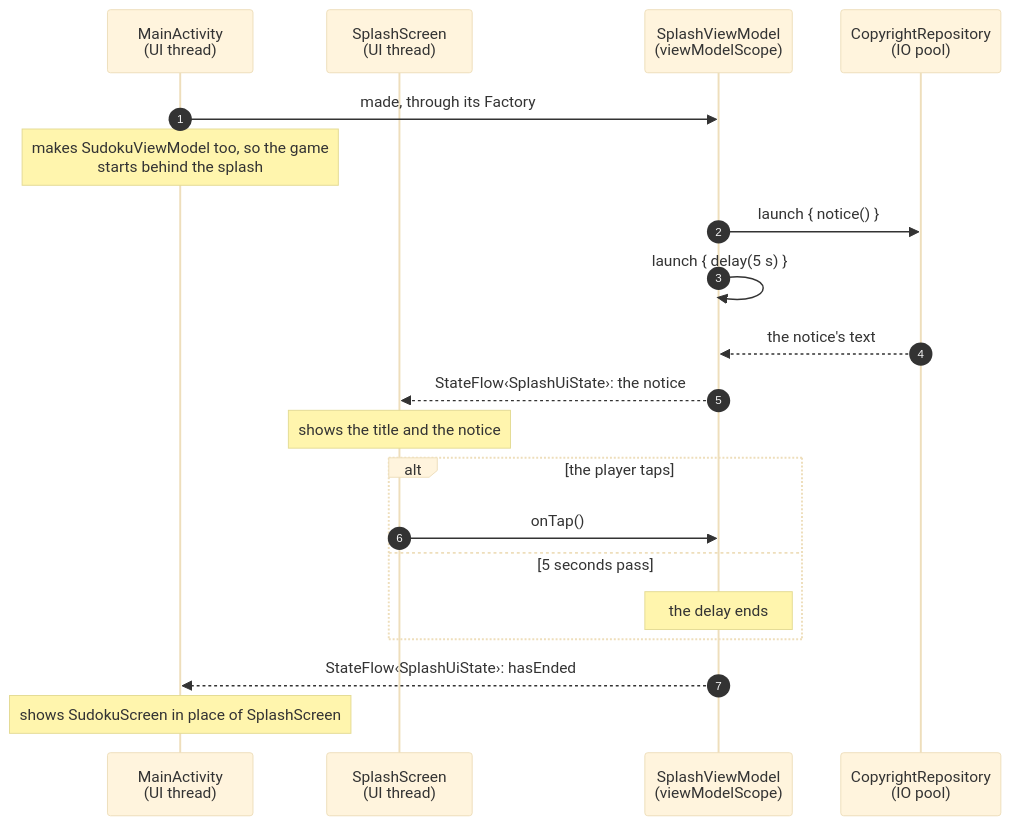
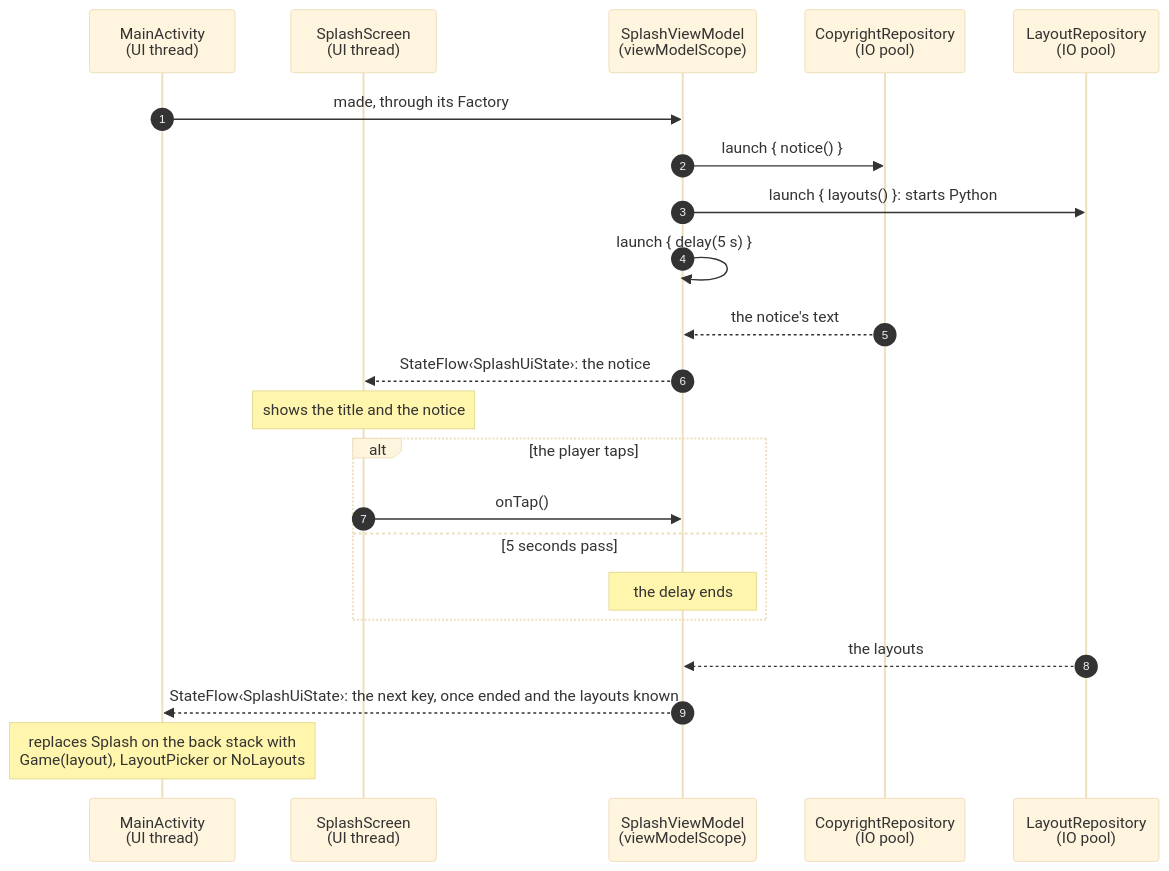
One commit to aivanov61/sudoku-solver changed the third of 6 diagrams in android/docs/architecture.md. Above: the diagram before and after it, drawn with Mermaid (base theme). The commit also changed other lines of this file and 13 other files, not shown here.

Commit message:
List the puzzle layouts for the app through a Python Catalog and a LayoutRepository, and start each game on a layout named, with Python started once by AppPython for both

````diff
--- a/android/docs/architecture.md
+++ b/android/docs/architecture.md
@@ -99,23 +109,26 @@
 ```mermaid
 sequenceDiagram
     autonumber
     participant M as MainActivity<br/>(UI thread)
     participant S as SplashScreen<br/>(UI thread)
     participant VM as SplashViewModel<br/>(viewModelScope)
     participant R as CopyrightRepository<br/>(IO pool)
 
+    participant L as LayoutRepository<br/>(IO pool)
+
     M->>VM: made, through its Factory
-    Note over M: makes SudokuViewModel too, so the game<br/>starts behind the splash
     VM->>R: launch { notice() }
+    VM->>L: launch { layouts() }: starts Python
     VM->>VM: launch { delay(5 s) }
     R-->>VM: the notice's text
     VM-->>S: StateFlow‹SplashUiState›: the notice
     Note over S: shows the title and the notice
     alt the player taps
         S->>VM: onTap()
     else 5 seconds pass
         Note over VM: the delay ends
     end
-    VM-->>M: StateFlow‹SplashUiState›: hasEnded
-    Note over M: shows SudokuScreen in place of SplashScreen
+    L-->>VM: the layouts
+    VM-->>M: StateFlow‹SplashUiState›: the next key, once ended and the layouts known
+    Note over M: replaces Splash on the back stack with<br/>Game(layout), LayoutPicker or NoLayouts
 ```
````
